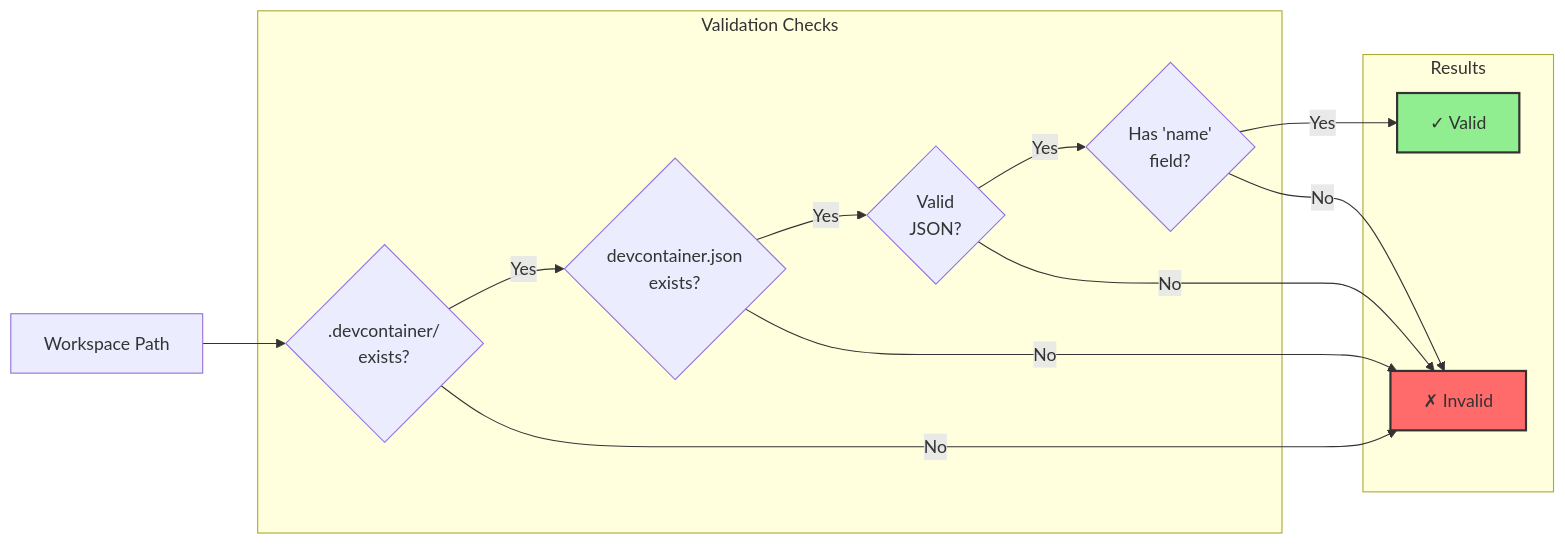
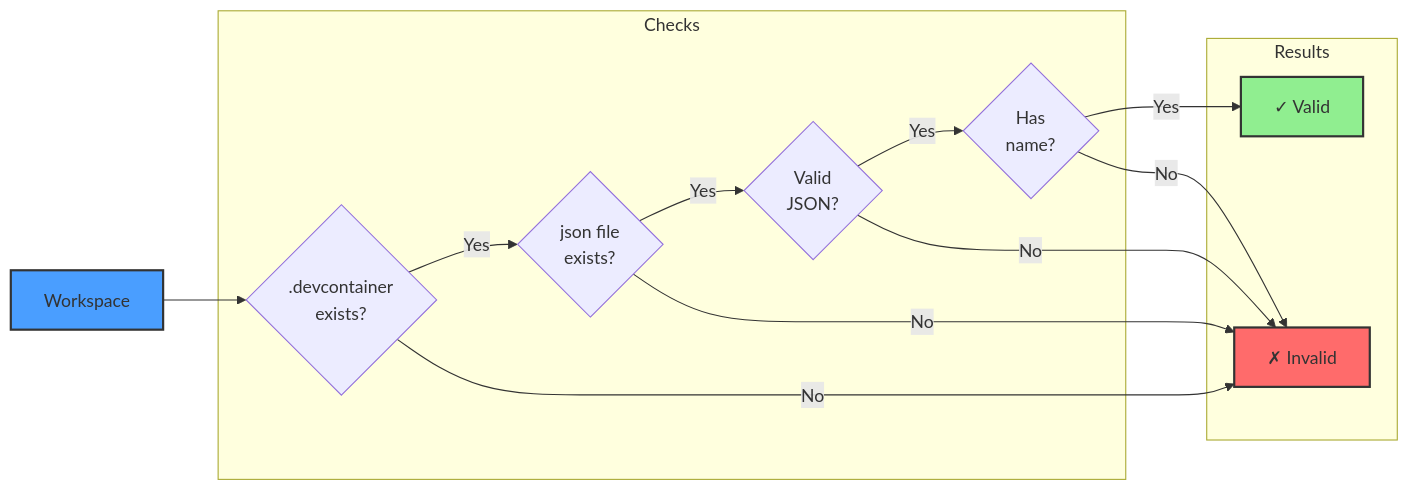
Before and after one commit to ManuelKugelmann/BitBot: the second of 2 diagrams in sparc/3-architecture/diagrams/03-workspace-detection.md, drawn with Mermaid. The commit also changed other lines of this file and 5 other files, not shown here.

First line of the commit message:
Remove Docker from config mode in architecture diagrams

````diff
--- a/sparc/3-architecture/diagrams/03-workspace-detection.md
+++ b/sparc/3-architecture/diagrams/03-workspace-detection.md
@@ -124,29 +127,30 @@
 ```mermaid
 flowchart LR
-    WORKSPACE[Workspace Path]
+    WORKSPACE[Workspace]
 
-    subgraph "Validation Checks"
-        EXISTS{.devcontainer/<br/>exists?}
-        JSON{devcontainer.json<br/>exists?}
+    subgraph CHK["Checks"]
+        EXISTS{.devcontainer<br/>exists?}
+        JSON{json file<br/>exists?}
         VALID_JSON{Valid<br/>JSON?}
-        HAS_NAME{Has 'name'<br/>field?}
+        HAS_NAME{Has<br/>name?}
     end
 
-    subgraph "Results"
+    subgraph RES["Results"]
         PASS[✓ Valid]
         FAIL[✗ Invalid]
     end
 
     WORKSPACE --> EXISTS
     EXISTS -->|Yes| JSON
     EXISTS -->|No| FAIL
     JSON -->|Yes| VALID_JSON
     JSON -->|No| FAIL
     VALID_JSON -->|Yes| HAS_NAME
     VALID_JSON -->|No| FAIL
     HAS_NAME -->|Yes| PASS
     HAS_NAME -->|No| FAIL
 
+    style WORKSPACE fill:#4a9eff,stroke:#333,stroke-width:2px
     style PASS fill:#90ee90,stroke:#333,stroke-width:2px
     style FAIL fill:#ff6b6b,stroke:#333,stroke-width:2px
 ```
````
